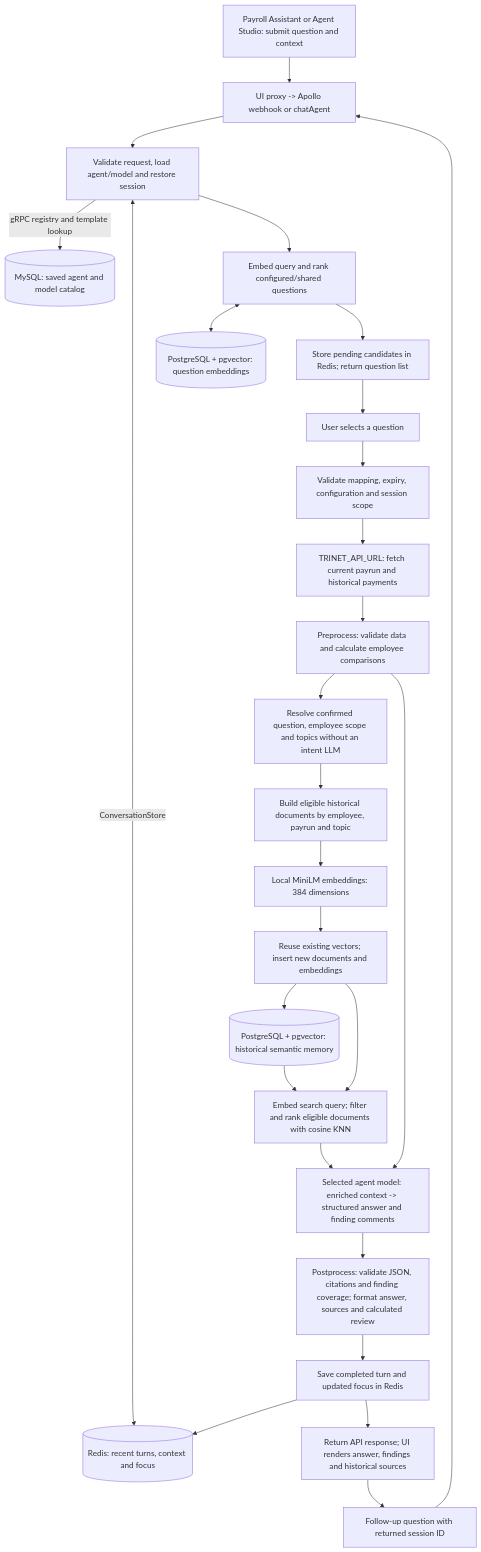
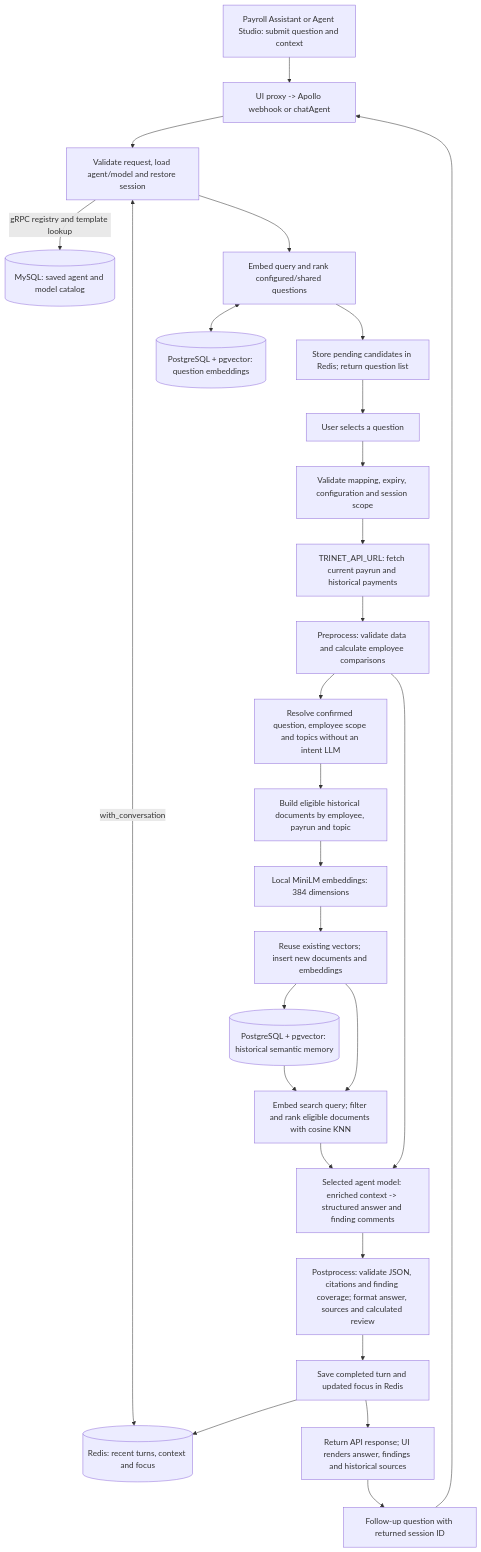
Before and after one commit to Tri-Hackathon-Inc/Payroll-Agent: the first of 3 diagrams in backend/AGENTS.md, drawn with Mermaid. The commit also changed other lines of this file and 114 other files, not shown here.

````diff
--- a/backend/AGENTS.md
+++ b/backend/AGENTS.md
@@ -65,29 +66,29 @@
 ```mermaid
 flowchart TD
     UI["Payroll Assistant or Agent Studio: submit question and context"] --> API["UI proxy -> Apollo webhook or chatAgent"]
     API --> Setup["Validate request, load agent/model and restore session"]
     Setup -->|gRPC registry and template lookup| MySQL[("MySQL: saved agent and model catalog")]
-    Setup <-->|ConversationStore| Redis[("Redis: recent turns, context and focus")]
+    Setup <-->|with_conversation| Redis[("Redis: recent turns, context and focus")]
     Setup --> Match["Embed query and rank configured/shared questions"]
     Match <--> Questions[("PostgreSQL + pgvector: question embeddings")]
     Match --> Propose["Store pending candidates in Redis; return question list"]
     Propose --> Select["User selects a question"]
     Select --> Confirm["Validate mapping, expiry, configuration and session scope"]
     Confirm --> Load["TRINET_API_URL: fetch current payrun and historical payments"]
     Load --> Evidence["Preprocess: validate data and calculate employee comparisons"]
     Evidence --> Filters["Resolve confirmed question, employee scope and topics without an intent LLM"]
     Filters --> Docs["Build eligible historical documents by employee, payrun and topic"]
     Docs --> Embed["Local MiniLM embeddings: 384 dimensions"]
     Embed --> Index["Reuse existing vectors; insert new documents and embeddings"]
     Index --> PG[("PostgreSQL + pgvector: historical semantic memory")]
     Index --> KNN["Embed search query; filter and rank eligible documents with cosine KNN"]
     PG --> KNN
     KNN --> Answer["Selected agent model: enriched context -> structured answer and finding comments"]
     Evidence --> Answer
     Answer --> Validate["Postprocess: validate JSON, citations and finding coverage; format answer, sources and calculated review"]
     Validate --> Save["Save completed turn and updated focus in Redis"]
     Save --> Redis
     Save --> Reply["Return API response; UI renders answer, findings and historical sources"]
     Reply --> Followup["Follow-up question with returned session ID"]
     Followup --> API
 ```
````
